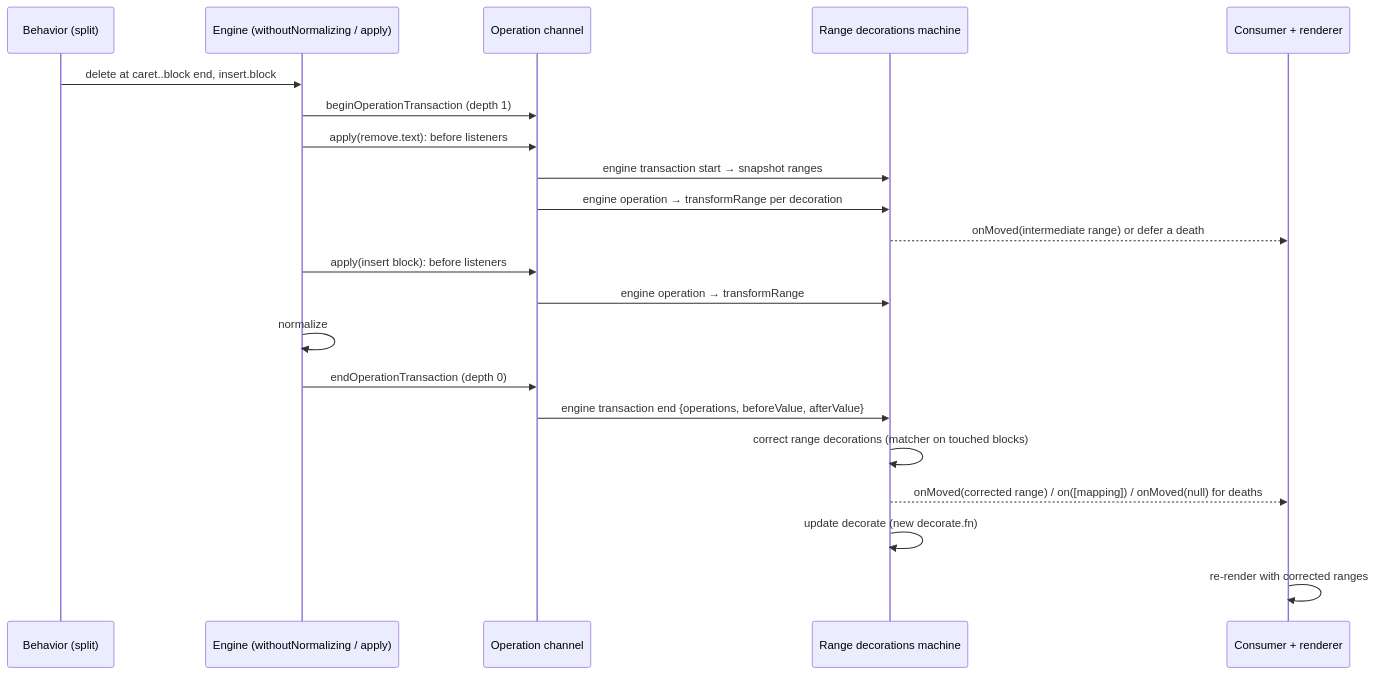
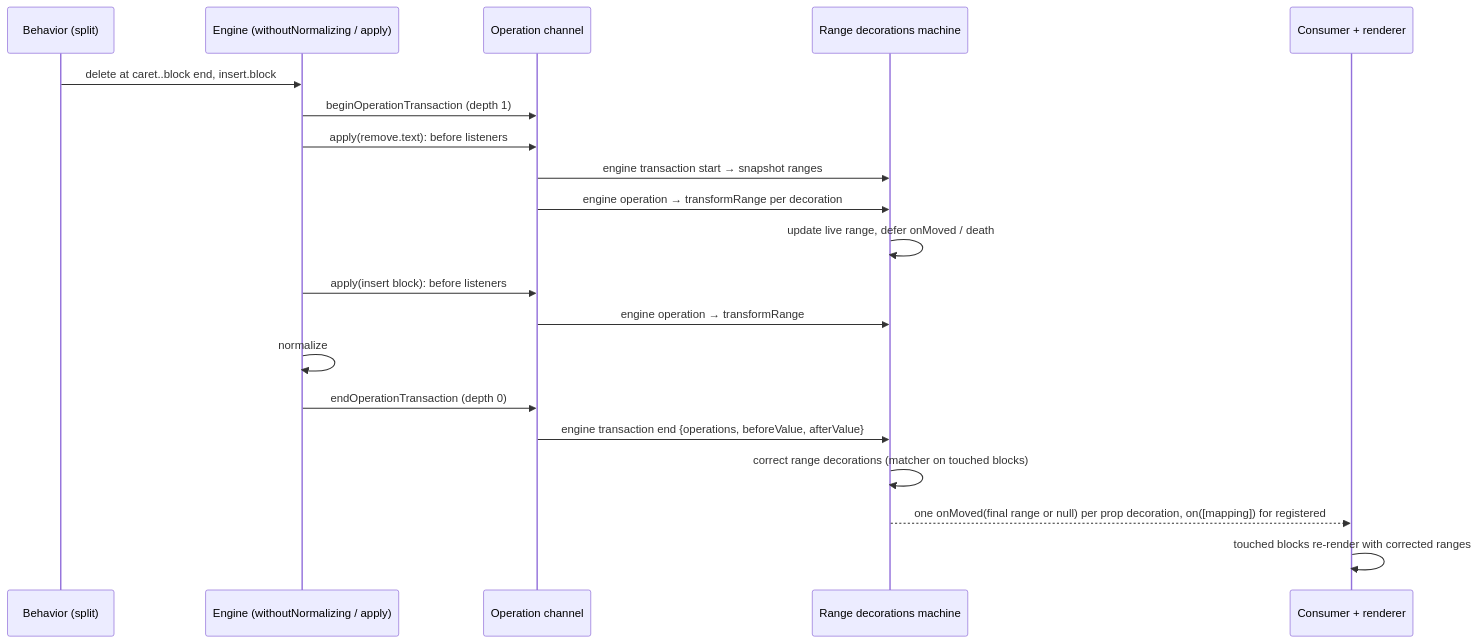
The diagram in REANCHOR-README.md (portabletext/editor), drawn with Mermaid before and after one commit. The commit also changed other lines of this file, not shown here.

````diff
--- a/REANCHOR-README.md
+++ b/REANCHOR-README.md
@@ -151,24 +154,23 @@
 ```mermaid
 sequenceDiagram
   participant B as Behavior (split)
   participant E as Engine (withoutNormalizing / apply)
   participant C as Operation channel
   participant M as Range decorations machine
   participant R as Consumer + renderer
 
   B->>E: delete at caret..block end, insert.block
   E->>C: beginOperationTransaction (depth 1)
   E->>C: apply(remove.text): before listeners
   C->>M: engine transaction start → snapshot ranges
   C->>M: engine operation → transformRange per decoration
-  M-->>R: onMoved(intermediate range) or defer a death
+  M->>M: update live range, defer onMoved / death
   E->>C: apply(insert block): before listeners
   C->>M: engine operation → transformRange
   E->>E: normalize
   E->>C: endOperationTransaction (depth 0)
   C->>M: engine transaction end {operations, beforeValue, afterValue}
   M->>M: correct range decorations (matcher on touched blocks)
-  M-->>R: onMoved(corrected range) / on([mapping]) / onMoved(null) for deaths
-  M->>M: update decorate (new decorate.fn)
-  R->>R: re-render with corrected ranges
+  M-->>R: one onMoved(final range or null) per prop decoration, on([mapping]) for registered
+  R->>R: touched blocks re-render with corrected ranges
 ```
````
